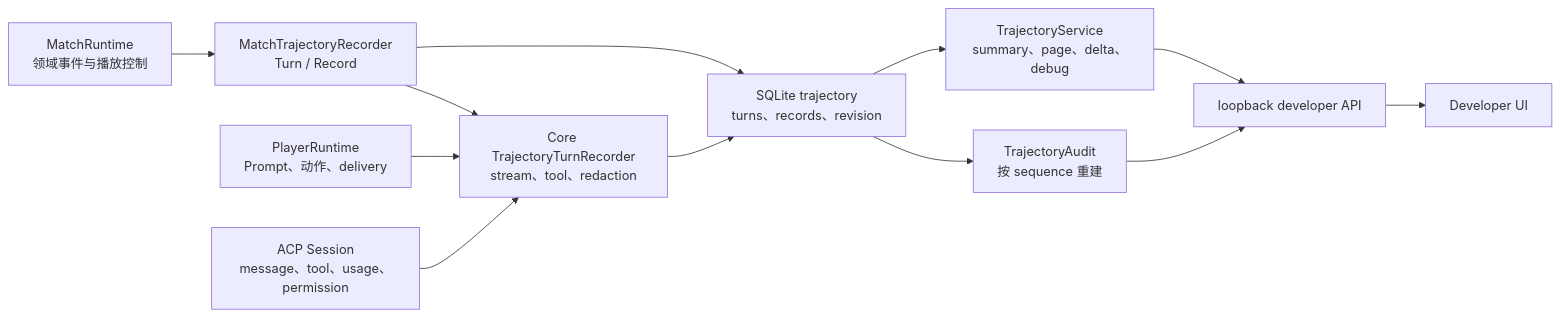
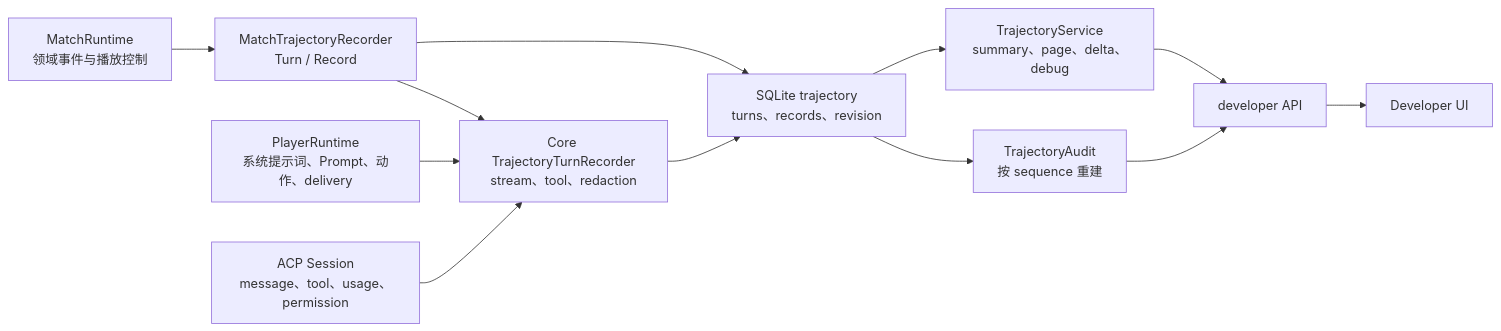
Before and after one commit to renewboy/agentwolf: the first of 2 diagrams in docs/architecture/trajectory.md, drawn with Mermaid. The commit also changed other lines of this file and 52 other files, not shown here.

````diff
--- a/docs/architecture/trajectory.md
+++ b/docs/architecture/trajectory.md
@@ -28,23 +28,23 @@
 ```mermaid
 flowchart LR
     Match["MatchRuntime<br/>领域事件与播放控制"]
-    Player["PlayerRuntime<br/>Prompt、动作、delivery"]
+    Player["PlayerRuntime<br/>系统提示词、Prompt、动作、delivery"]
     ACP["ACP Session<br/>message、tool、usage、permission"]
 
     Recorder["MatchTrajectoryRecorder<br/>Turn / Record"]
     TurnRecorder["Core TrajectoryTurnRecorder<br/>stream、tool、redaction"]
     Store["SQLite trajectory<br/>turns、records、revision"]
     Service["TrajectoryService<br/>summary、page、delta、debug"]
     Audit["TrajectoryAudit<br/>按 sequence 重建"]
-    API["loopback developer API"]
+    API["developer API"]
     UI["Developer UI"]
 
     Match --> Recorder
     Recorder --> TurnRecorder
     Player --> TurnRecorder
     ACP --> TurnRecorder
     Recorder --> Store
     TurnRecorder --> Store
     Store --> Service --> API --> UI
     Store --> Audit --> API
 ```
````
